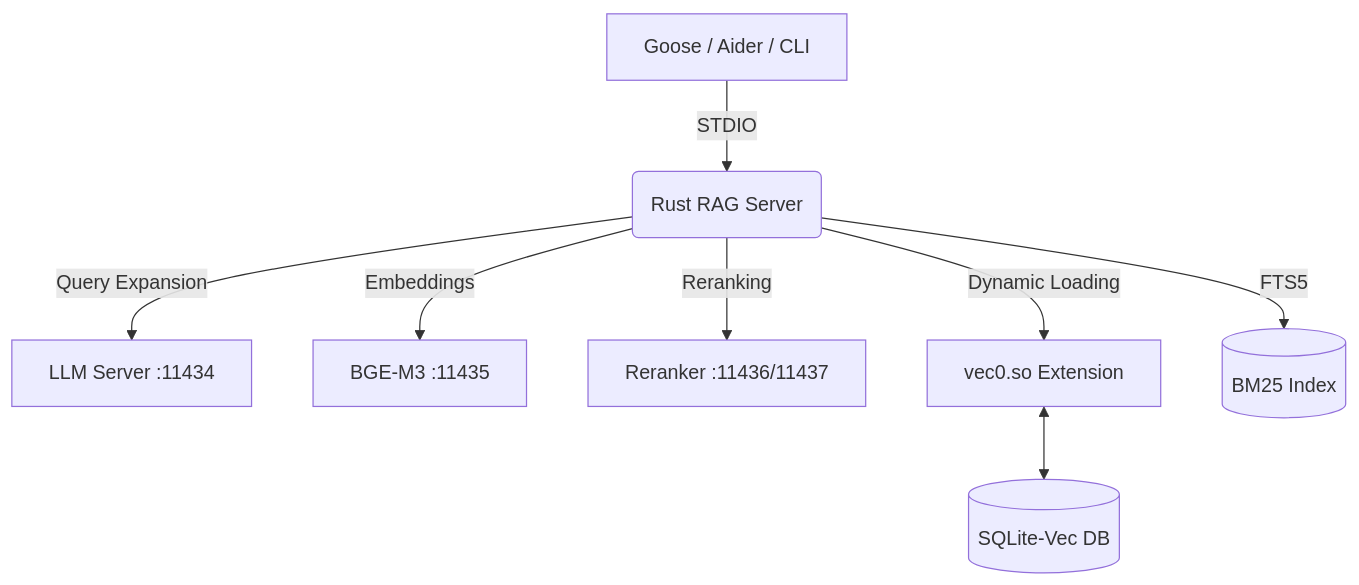
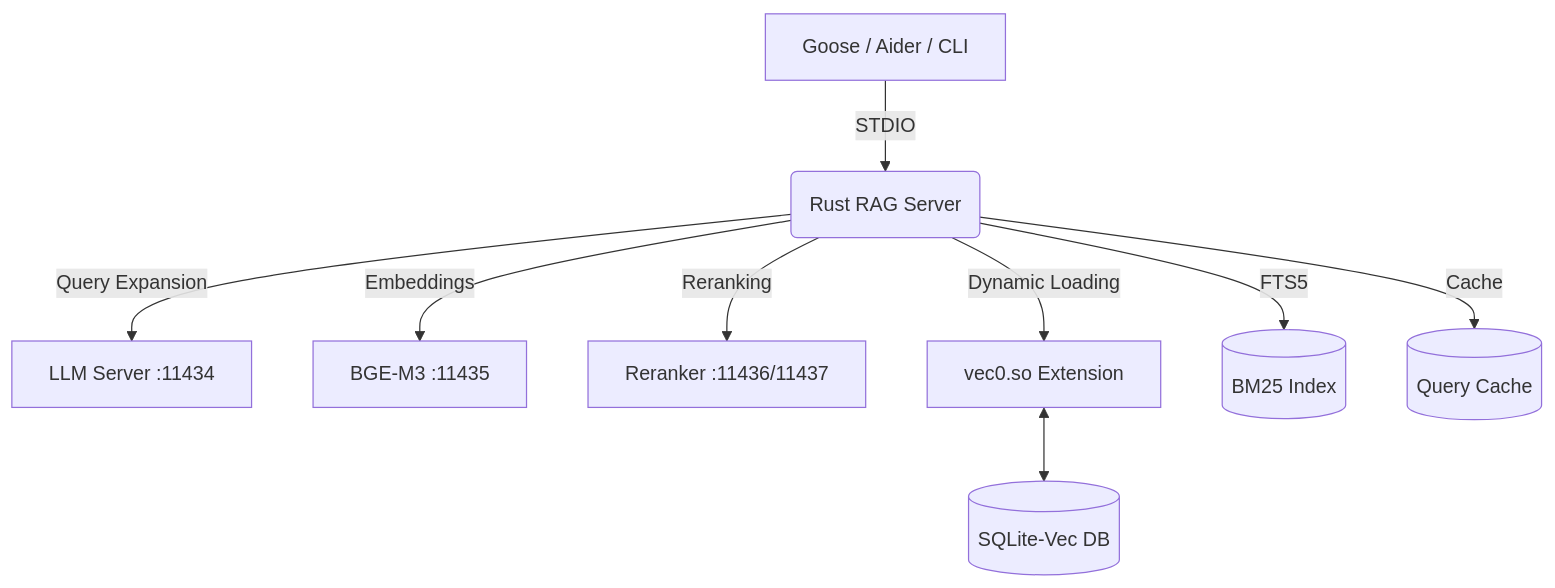
Before and after one commit to bengtfrost/rag-server: the diagram in README.md, drawn with Mermaid. The commit also changed other lines of this file, not shown here.

Commit message:
Updated README now covers all the optimizations, new CLI flags, cache management, and performance metrics introduced in the latest version.

````diff
--- a/README.md
+++ b/README.md
@@ -27,10 +29,11 @@
 ```mermaid
 graph TD
     A[Goose / Aider / CLI] -->|STDIO| B(Rust RAG Server)
     B -->|Query Expansion| C[LLM Server :11434]
     B -->|Embeddings| D[BGE-M3 :11435]
     B -->|Reranking| E[Reranker :11436/11437]
     B -->|Dynamic Loading| F[vec0.so Extension]
     F <--> G[(SQLite-Vec DB)]
     B -->|FTS5| H[(BM25 Index)]
+    B -->|Cache| I[(Query Cache)]
 ```
````
